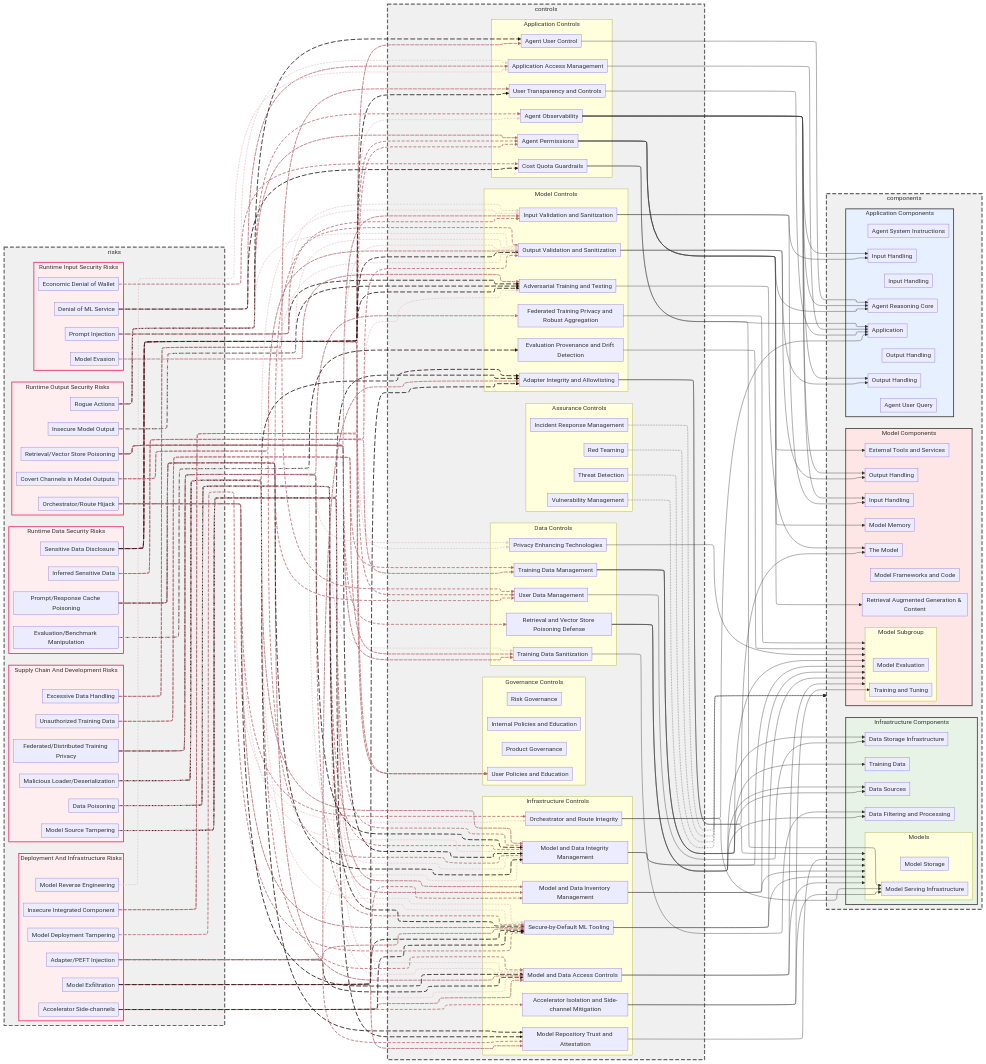
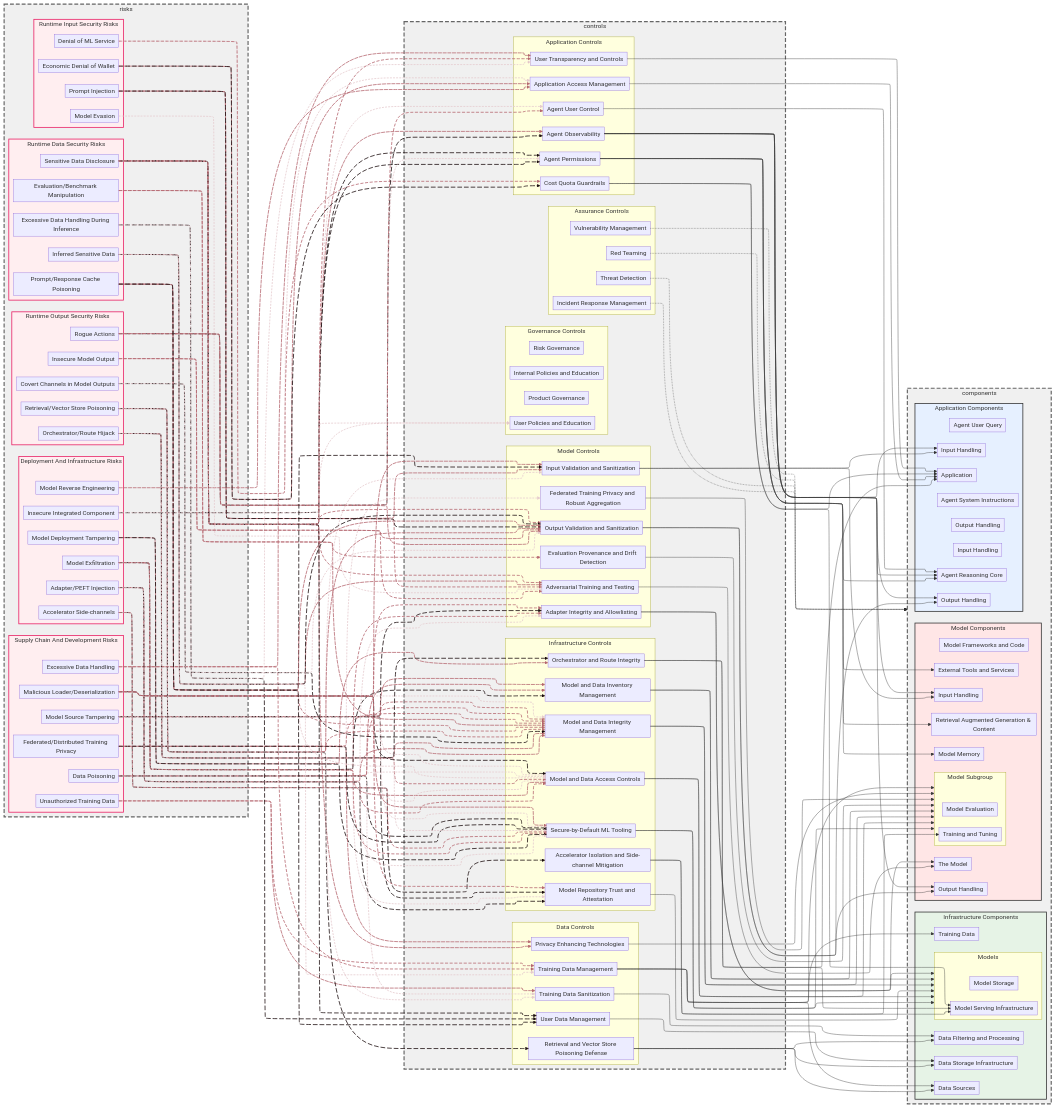
One commit to davidlabianca/secure-ai-tooling changed the diagram in risk-map/diagrams/controls-to-risk-graph.mermaid. Above: the diagram before and after it, drawn with Mermaid. The commit also changed 9 other files, not shown here.

First line of the commit message:
[risks] Update EDH to Training Stage Risks-only and Add EDH-I to cover Inference Stage Risks

```diff
--- a/risk-map/diagrams/controls-to-risk-graph.mermaid
+++ b/risk-map/diagrams/controls-to-risk-graph.mermaid
@@ -21,6 +21,14 @@
         UTD[Unauthorized Training Data]
     end
 
+    subgraph risksRuntimeDataSecurity ["Runtime Data Security Risks"]
+        EBM[Evaluation/Benchmark Manipulation]
+        EDH-I[Excessive Data Handling During Inference]
+        ISD[Inferred Sensitive Data]
+        PCP[Prompt/Response Cache Poisoning]
+        SDD[Sensitive Data Disclosure]
+    end
+
     subgraph risksDeploymentAndInfrastructure ["Deployment And Infrastructure Risks"]
         ADI[Adapter/PEFT Injection]
         ASC[Accelerator Side-channels]
@@ -35,13 +43,6 @@
         EDW[Economic Denial of Wallet]
         MEV[Model Evasion]
         PIJ[Prompt Injection]
-    end
-
-    subgraph risksRuntimeDataSecurity ["Runtime Data Security Risks"]
-        EBM[Evaluation/Benchmark Manipulation]
-        ISD[Inferred Sensitive Data]
-        PCP[Prompt/Response Cache Poisoning]
-        SDD[Sensitive Data Disclosure]
     end
 
     subgraph risksRuntimeOutputSecurity ["Runtime Output Security Risks"]
@@ -161,8 +162,10 @@
     MST --> controlModelAndDataInventoryManagement
     MST --> controlModelRepositoryTrustAndAttestation
     MST --> controlSecureByDefaultMLTooling
-    EDH --> controlUserDataManagement
+    EDH --> controlTrainingDataManagement
     EDH --> controlUserTransparencyAndControls
+    EDH-I --> controlUserDataManagement
+    EDH-I --> controlUserTransparencyAndControls
     MXF --> controlAdapterIntegrityAndAllowlisting
     MXF --> controlModelAndDataAccessControls
     MXF --> controlModelAndDataInventoryManagement
@@ -288,16 +291,16 @@
     controlEvaluationProvenanceAndDriftDetection --> componentsModelSubgroup
 
     %% Edge styling
-    linkStyle 0,4,8,12,16,20,24,28,32,36,40,44,48,52,56,60,64,68,72,76,80,84 stroke:#e6cbce,stroke-width:2px,stroke-dasharray: 5 3
+    linkStyle 0,4,8,12,16,20,24,28,32,36,40,44,48,52,56,60,64,68,72,76,80,84,88 stroke:#e6cbce,stroke-width:2px,stroke-dasharray: 5 3
     linkStyle 1,5,9,13,17,21,25,29,33,37,41,45,49,53,57,61,65,69,73,77,81,85 stroke:#b66871,stroke-width:2px,stroke-dasharray: 8 4
     linkStyle 2,6,10,14,18,22,26,30,34,38,42,46,50,54,58,62,66,70,74,78,82,86 stroke:#b66871,stroke-width:2px,stroke-dasharray: 10 2
-    linkStyle 3,7,11,15,19,23,27,31,35,39,43,47,51,55,59,63,67,71,75,79,83 stroke:#1c0d0f,stroke-width:2px,stroke-dasharray: 12 5
+    linkStyle 3,7,11,15,19,23,27,31,35,39,43,47,51,55,59,63,67,71,75,79,83,87 stroke:#1c0d0f,stroke-width:2px,stroke-dasharray: 12 5
 
 %% Node style definitions
     style risksSupplyChainAndDevelopment fill:#ffeef0,stroke:#e91e63,stroke-width:2px
+    style risksRuntimeDataSecurity fill:#ffeef0,stroke:#e91e63,stroke-width:2px
     style risksDeploymentAndInfrastructure fill:#ffeef0,stroke:#e91e63,stroke-width:2px
     style risksRuntimeInputSecurity fill:#ffeef0,stroke:#e91e63,stroke-width:2px
-    style risksRuntimeDataSecurity fill:#ffeef0,stroke:#e91e63,stroke-width:2px
     style risksRuntimeOutputSecurity fill:#ffeef0,stroke:#e91e63,stroke-width:2px
     style components fill:#f0f0f0,stroke:#666666,stroke-width:3px,stroke-dasharray: 10 5
     style controls fill:#f0f0f0,stroke:#666666,stroke-width:3px,stroke-dasharray: 10 5
```
